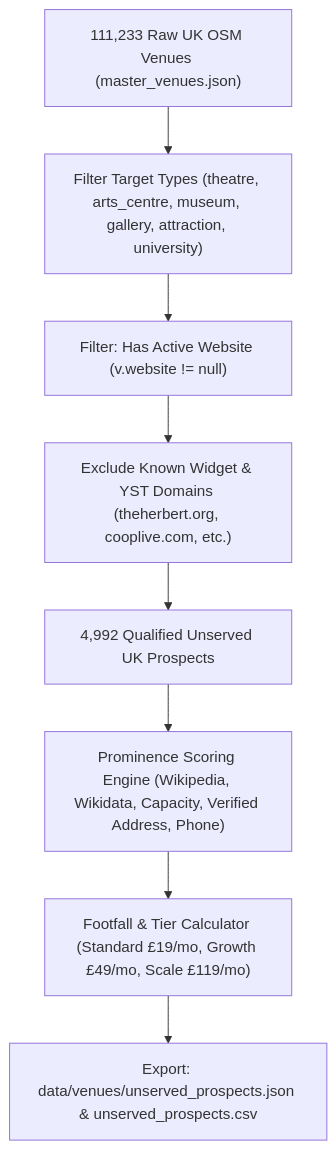
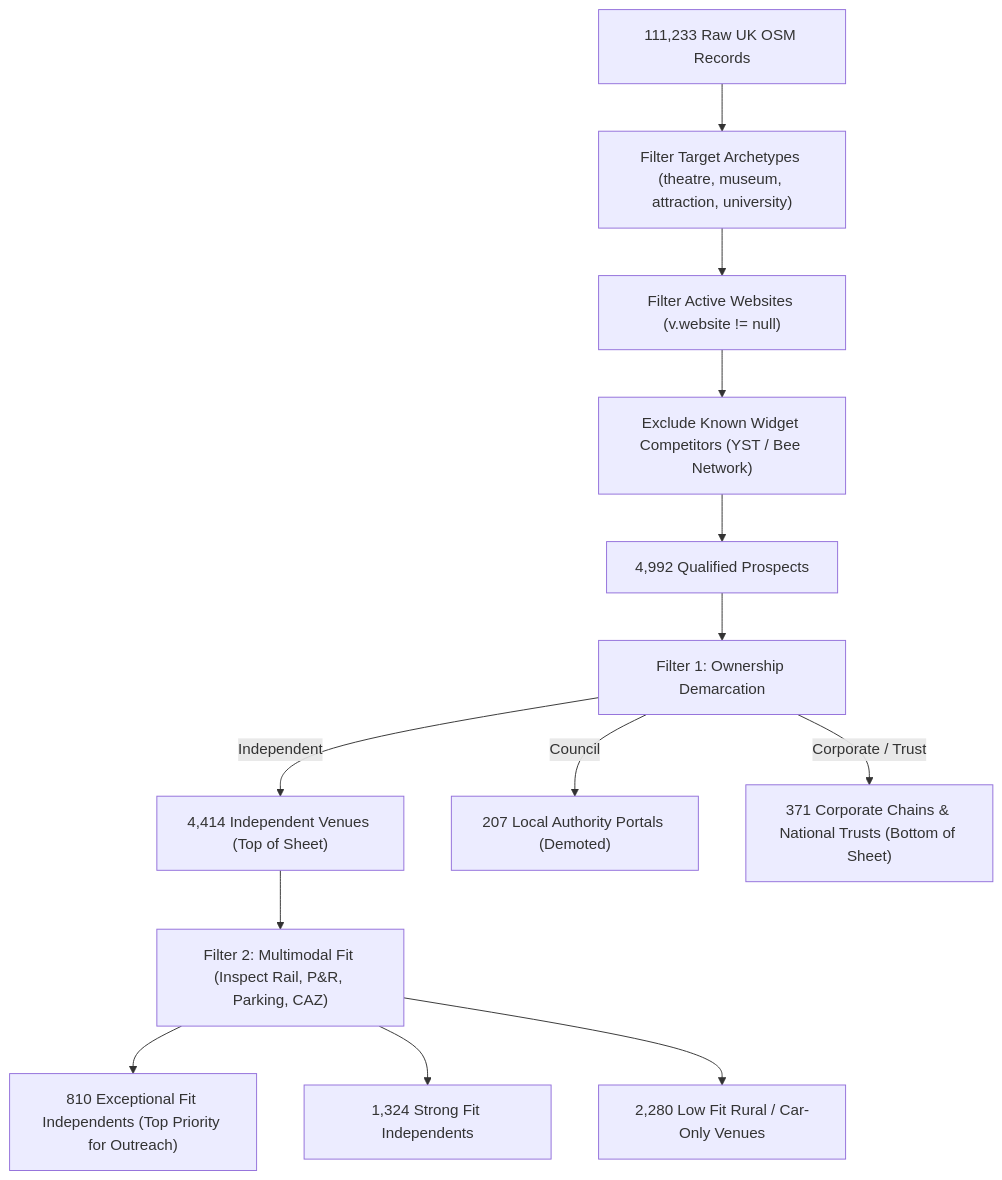
The diagram in sales-and-marketing/venue-widget-outbound-playbook.md (isaacw123434/endmile--business), drawn with Mermaid before and after one commit. The commit also changed other lines of this file and 45 other files, not shown here.

````diff
--- a/sales-and-marketing/venue-widget-outbound-playbook.md
+++ b/sales-and-marketing/venue-widget-outbound-playbook.md
@@ -448,10 +398,15 @@
 ```mermaid
 flowchart TD
-    A["111,233 Raw UK OSM Venues (master_venues.json)"] --> B["Filter Target Types (theatre, arts_centre, museum, gallery, attraction, university)"]
-    B --> C["Filter: Has Active Website (v.website != null)"]
-    C --> D["Exclude Known Widget & YST Domains (theherbert.org, cooplive.com, etc.)"]
-    D --> E["4,992 Qualified Unserved UK Prospects"]
-    E --> F["Prominence Scoring Engine (Wikipedia, Wikidata, Capacity, Verified Address, Phone)"]
-    F --> G["Footfall & Tier Calculator (Standard £19/mo, Growth £49/mo, Scale £119/mo)"]
-    G --> H["Export: data/venues/unserved_prospects.json & unserved_prospects.csv"]
+    A["111,233 Raw UK OSM Records"] --> B["Filter Target Archetypes (theatre, museum, attraction, university)"]
+    B --> C["Filter Active Websites (v.website != null)"]
+    C --> D["Exclude Known Widget Competitors (YST / Bee Network)"]
+    D --> E["4,992 Qualified Prospects"]
+    E --> F["Filter 1: Ownership Demarcation"]
+    F -->|Independent| G["4,414 Independent Venues (Top of Sheet)"]
+    F -->|Council| H["207 Local Authority Portals (Demoted)"]
+    F -->|Corporate / Trust| I["371 Corporate Chains & National Trusts (Bottom of Sheet)"]
+    G --> J["Filter 2: Multimodal Fit (Inspect Rail, P&R, Parking, CAZ)"]
+    J --> K["810 Exceptional Fit Independents (Top Priority for Outreach)"]
+    J --> L["1,324 Strong Fit Independents"]
+    J --> M["2,280 Low Fit Rural / Car-Only Venues"]
 ```
````
